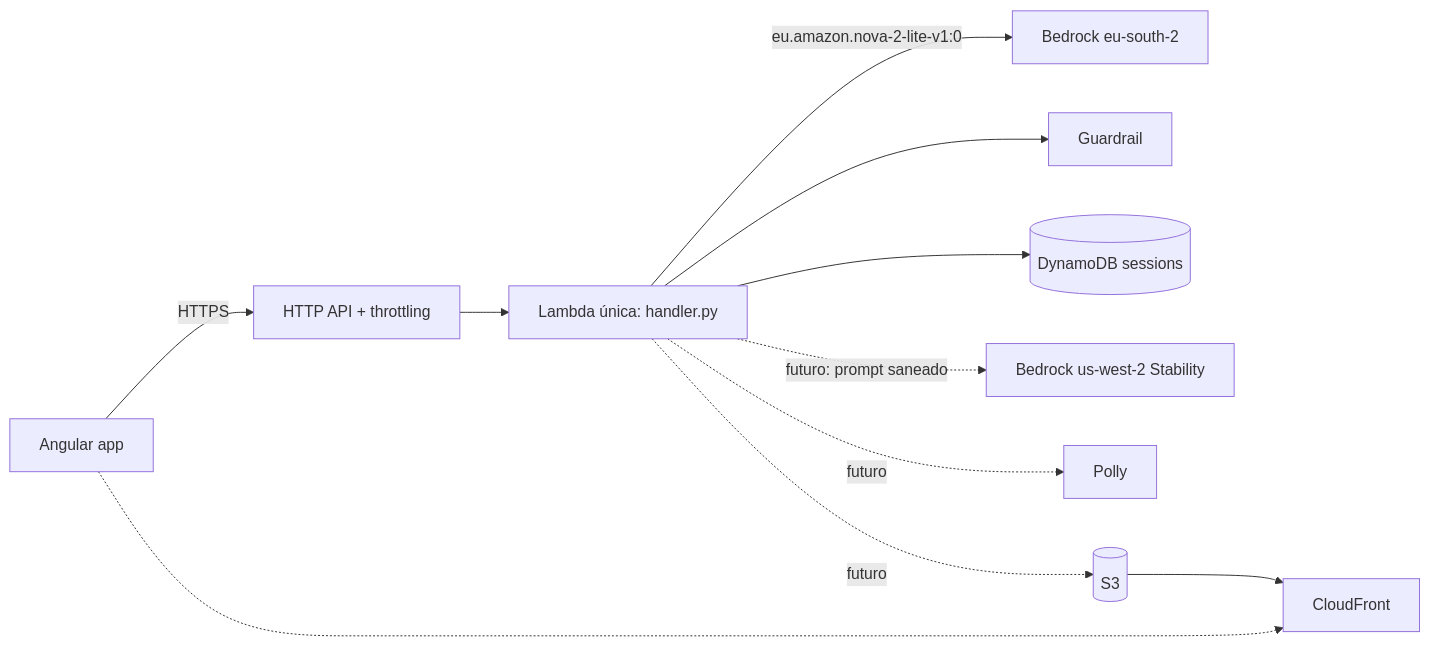
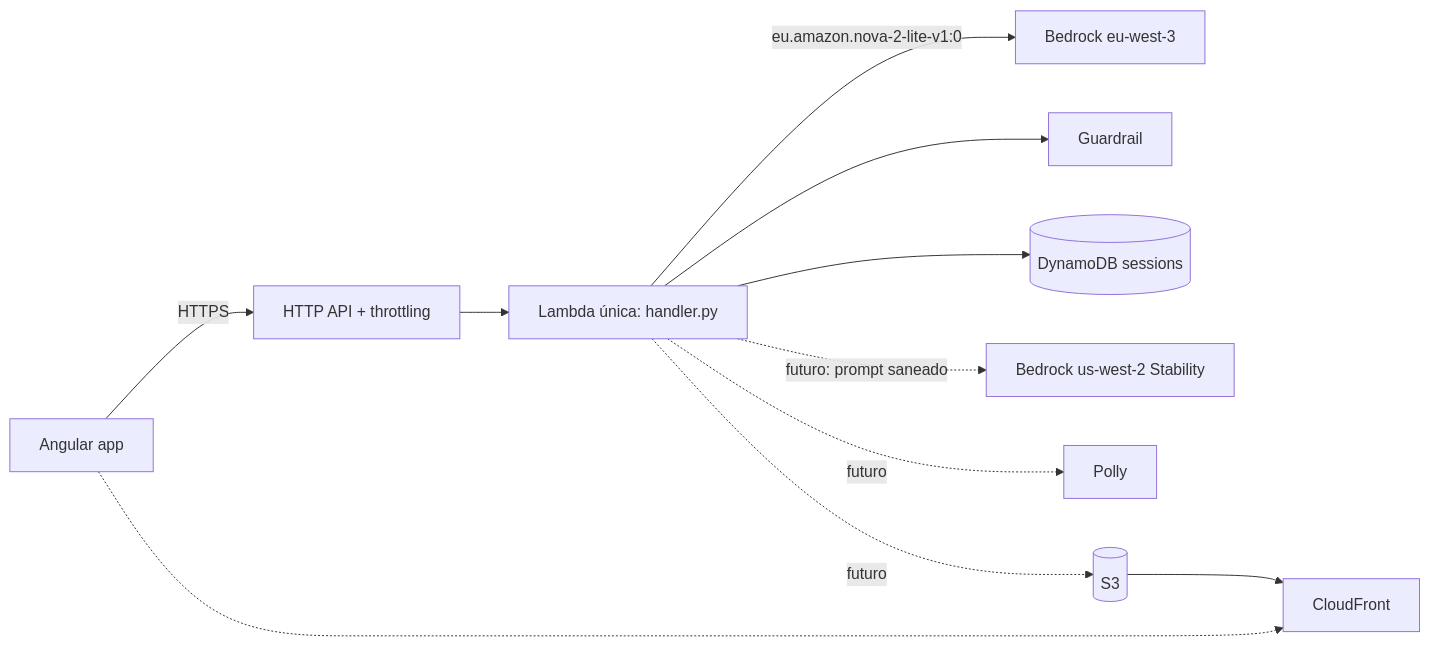
One commit to jllarreag/nightmare changed the diagram in .kiro/specs/lucid/design.md. Above: the diagram before and after it, drawn with Mermaid. The commit also changed other lines of this file and 36 other files, not shown here.

````diff
--- a/.kiro/specs/lucid/design.md
+++ b/.kiro/specs/lucid/design.md
@@ -7,12 +7,12 @@
 ```mermaid
 flowchart LR
   U[Angular app] -->|HTTPS| APIGW[HTTP API + throttling]
   APIGW --> L[Lambda única: handler.py]
-  L -->|eu.amazon.nova-2-lite-v1:0| BR[Bedrock eu-south-2]
+  L -->|eu.amazon.nova-2-lite-v1:0| BR[Bedrock eu-west-3]
   L --> GR[Guardrail]
   L --> DDB[(DynamoDB sessions)]
   L -.->|futuro: prompt saneado| IMG[Bedrock us-west-2 Stability]
   L -.->|futuro| POLLY[Polly]
   L -.->|futuro| S3[(S3)] --> CF[CloudFront]
   U -.-> CF
 ```
````
